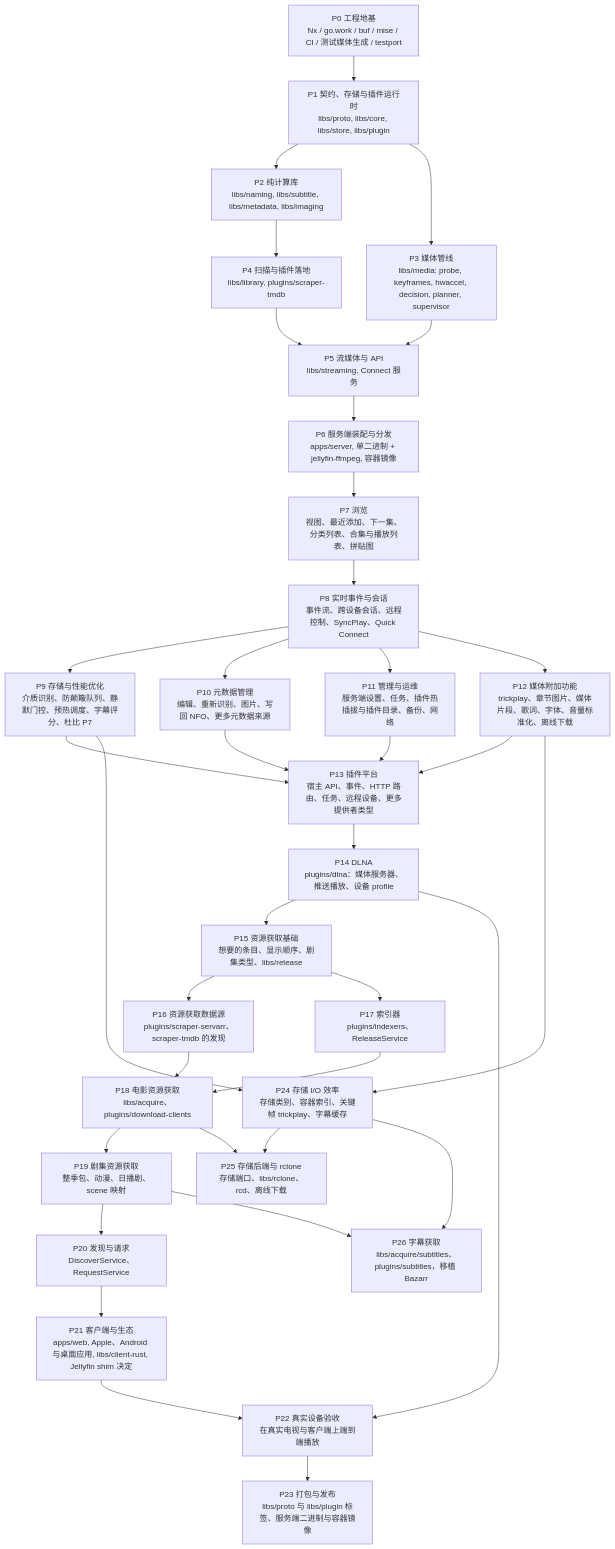
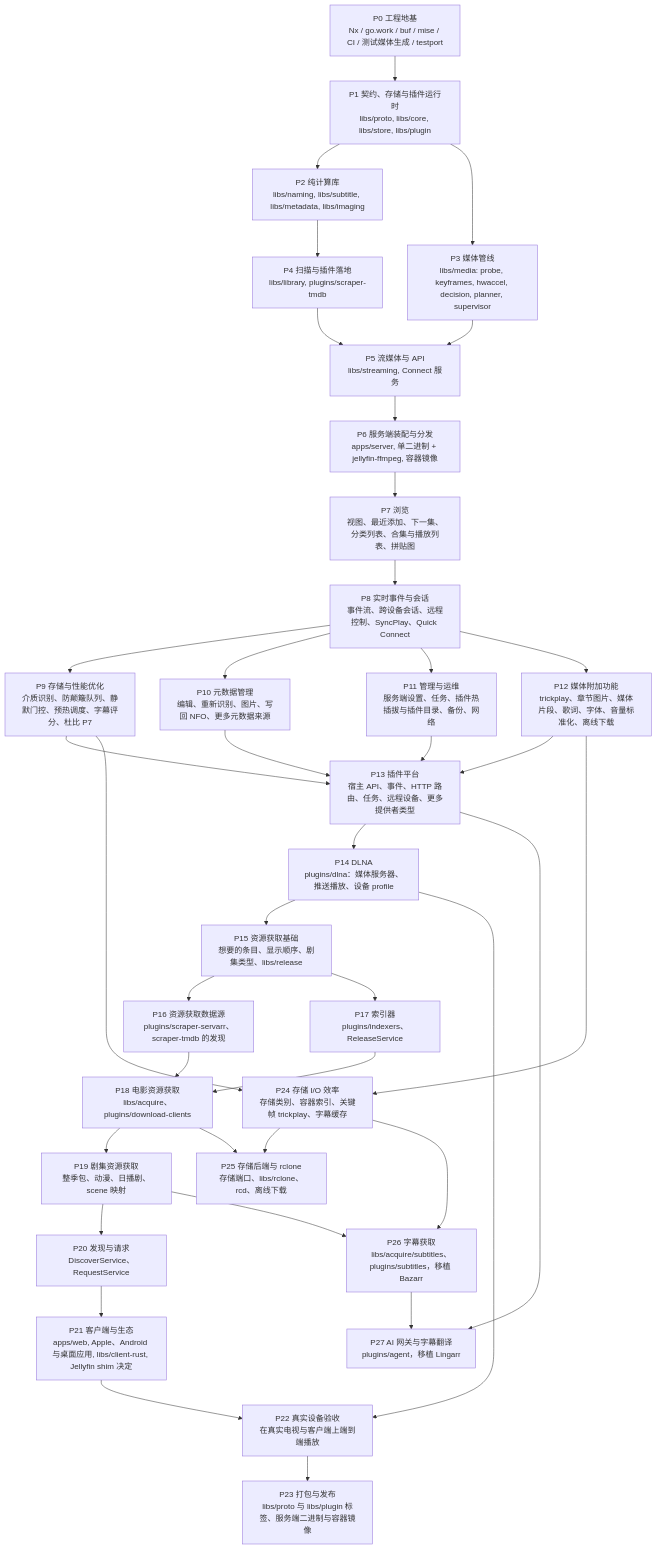
The diagram in docs/roadmap.zh-CN.md (mavioai/mavio), drawn with Mermaid before and after one commit. The commit also changed other lines of this file and 28 other files, not shown here.

````diff
--- a/docs/roadmap.zh-CN.md
+++ b/docs/roadmap.zh-CN.md
@@ -20,66 +20,69 @@
 ```mermaid
 flowchart TD
     P0["P0 工程地基<br/>Nx / go.work / buf / mise / CI / 测试媒体生成 / testport"]
     P1["P1 契约、存储与插件运行时<br/>libs/proto, libs/core, libs/store, libs/plugin"]
     P2["P2 纯计算库<br/>libs/naming, libs/subtitle, libs/metadata, libs/imaging"]
     P3["P3 媒体管线<br/>libs/media: probe, keyframes, hwaccel, decision, planner, supervisor"]
     P4["P4 扫描与插件落地<br/>libs/library, plugins/scraper-tmdb"]
     P5["P5 流媒体与 API<br/>libs/streaming, Connect 服务"]
     P6["P6 服务端装配与分发<br/>apps/server, 单二进制 + jellyfin-ffmpeg, 容器镜像"]
     P7["P7 浏览<br/>视图、最近添加、下一集、分类列表、合集与播放列表、拼贴图"]
     P8["P8 实时事件与会话<br/>事件流、跨设备会话、远程控制、SyncPlay、Quick Connect"]
     P9["P9 存储与性能优化<br/>介质识别、防颠簸队列、静默门控、预热调度、字幕评分、杜比 P7"]
     P10["P10 元数据管理<br/>编辑、重新识别、图片、写回 NFO、更多元数据来源"]
     P11["P11 管理与运维<br/>服务端设置、任务、插件热插拔与插件目录、备份、网络"]
     P12["P12 媒体附加功能<br/>trickplay、章节图片、媒体片段、歌词、字体、音量标准化、离线下载"]
     P13["P13 插件平台<br/>宿主 API、事件、HTTP 路由、任务、远程设备、更多提供者类型"]
     P14["P14 DLNA<br/>plugins/dlna：媒体服务器、推送播放、设备 profile"]
     P15["P15 资源获取基础<br/>想要的条目、显示顺序、剧集类型、libs/release"]
     P16["P16 资源获取数据源<br/>plugins/scraper-servarr、scraper-tmdb 的发现"]
     P17["P17 索引器<br/>plugins/indexers、ReleaseService"]
     P18["P18 电影资源获取<br/>libs/acquire、plugins/download-clients"]
     P19["P19 剧集资源获取<br/>整季包、动漫、日播剧、scene 映射"]
     P20["P20 发现与请求<br/>DiscoverService、RequestService"]
     P21["P21 客户端与生态<br/>apps/web, Apple、Android 与桌面应用, libs/client-rust, Jellyfin shim 决定"]
     P22["P22 真实设备验收<br/>在真实电视与客户端上端到端播放"]
     P23["P23 打包与发布<br/>libs/proto 与 libs/plugin 标签、服务端二进制与容器镜像"]
     P24["P24 存储 I/O 效率<br/>存储类别、容器索引、关键帧 trickplay、字幕缓存"]
     P25["P25 存储后端与 rclone<br/>存储端口、libs/rclone、rcd、离线下载"]
     P26["P26 字幕获取<br/>libs/acquire/subtitles、plugins/subtitles，移植 Bazarr"]
+    P27["P27 AI 网关与字幕翻译<br/>plugins/agent，移植 Lingarr"]
 
     P0 --> P1
     P1 --> P2
     P1 --> P3
     P2 --> P4
     P3 --> P5
     P4 --> P5
     P5 --> P6
     P6 --> P7
     P7 --> P8
     P8 --> P9
     P8 --> P10
     P8 --> P11
     P8 --> P12
     P9 --> P13
     P10 --> P13
     P11 --> P13
     P12 --> P13
     P13 --> P14
     P14 --> P15
     P15 --> P16
     P15 --> P17
     P16 --> P18
     P17 --> P18
     P18 --> P19
     P19 --> P20
     P20 --> P21
     P14 --> P22
     P21 --> P22
     P22 --> P23
     P9 --> P24
     P12 --> P24
     P24 --> P25
     P18 --> P25
     P19 --> P26
     P24 --> P26
+    P13 --> P27
+    P26 --> P27
 ```
````
